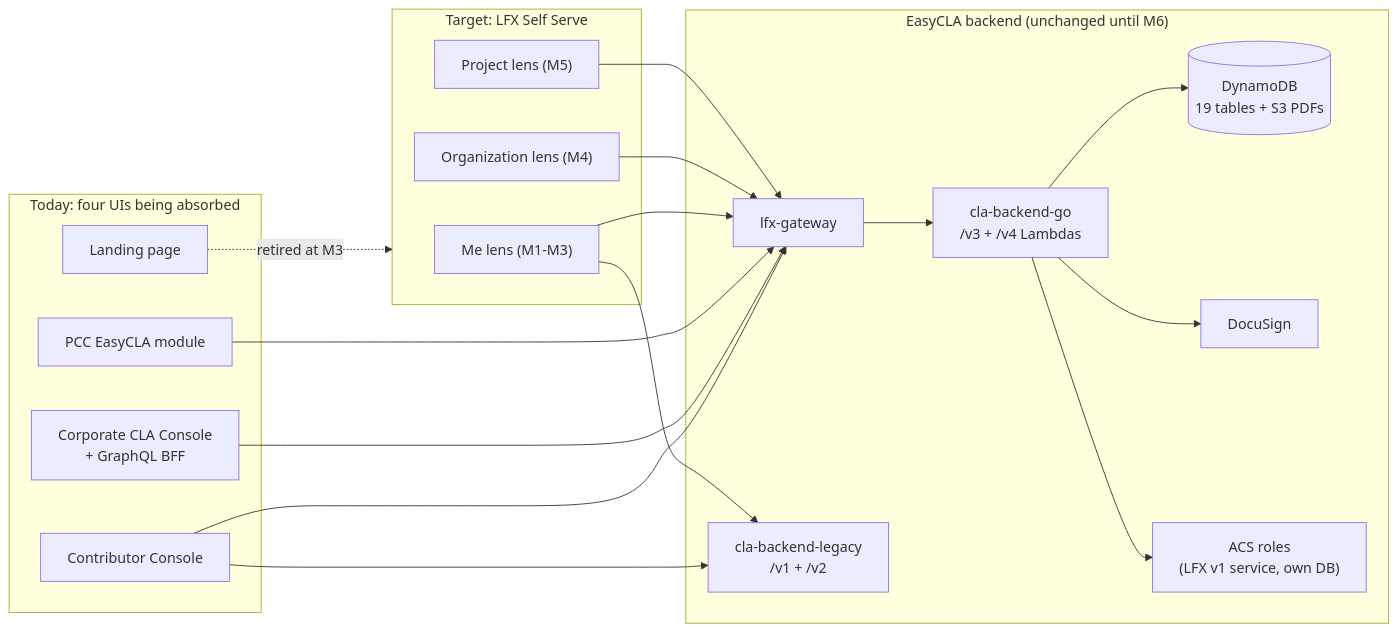
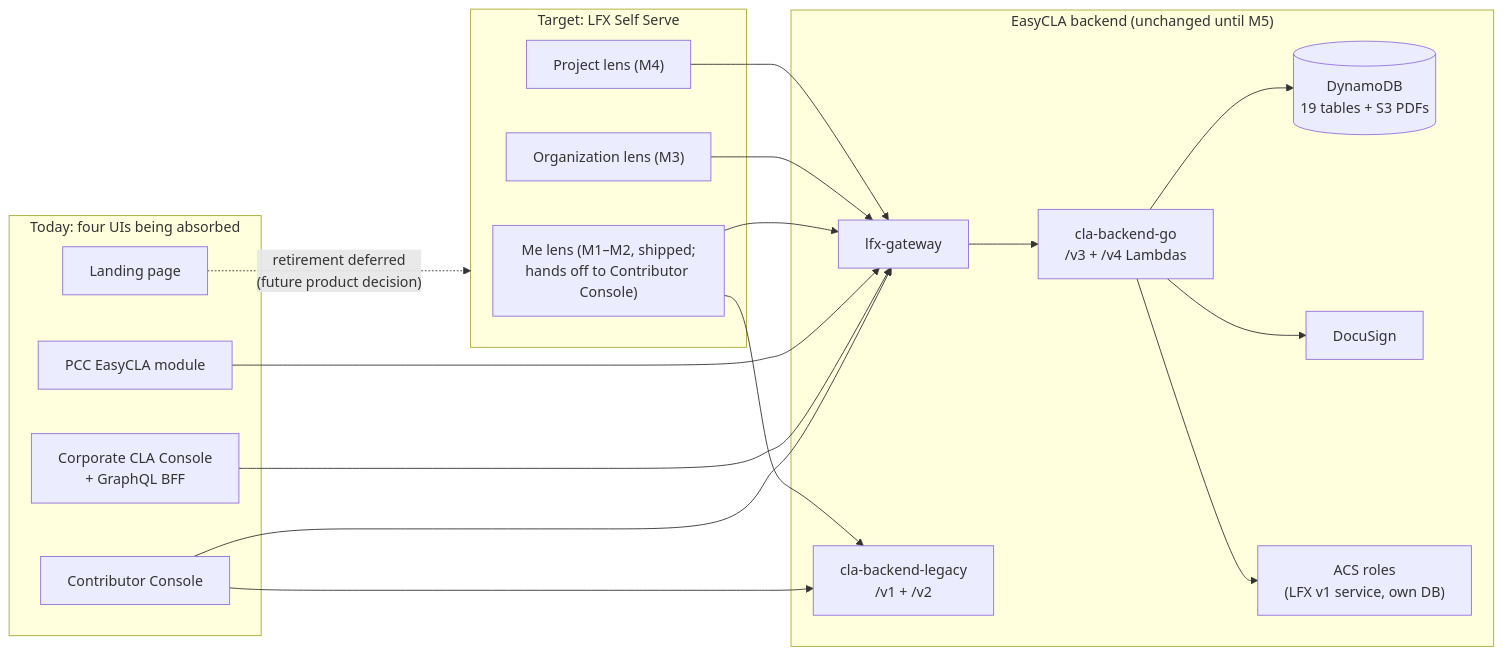
The diagram in docs/easycla-ss-migration/architecture-proposal.md (linuxfoundation/easycla), drawn with Mermaid before and after one commit. The commit also changed other lines of this file and 2 other files, not shown here.

First line of the commit message:
docs(architecture): update milestone numbering and M1/M2 implementation status

````diff
--- a/docs/easycla-ss-migration/architecture-proposal.md
+++ b/docs/easycla-ss-migration/architecture-proposal.md
@@ -15,35 +15,35 @@
 ```mermaid
 flowchart LR
     subgraph TODAY["Today: four UIs being absorbed"]
         CTC["Contributor Console"]
         CCC["Corporate CLA Console<br/>+ GraphQL BFF"]
         PCC["PCC EasyCLA module"]
         LP["Landing page"]
     end
     subgraph TARGET["Target: LFX Self Serve"]
-        ME["Me lens (M1-M3)"]
-        ORG["Organization lens (M4)"]
-        PRJ["Project lens (M5)"]
+        ME["Me lens (M1–M2, shipped;<br/>hands off to Contributor Console)"]
+        ORG["Organization lens (M3)"]
+        PRJ["Project lens (M4)"]
     end
-    subgraph BACKEND["EasyCLA backend (unchanged until M6)"]
+    subgraph BACKEND["EasyCLA backend (unchanged until M5)"]
         GW["lfx-gateway"]
         V4["cla-backend-go<br/>/v3 + /v4 Lambdas"]
         LEG["cla-backend-legacy<br/>/v1 + /v2"]
         DDB[("DynamoDB<br/>19 tables + S3 PDFs")]
         DS["DocuSign"]
         ACS2["ACS roles<br/>(LFX v1 service, own DB)"]
     end
     CTC --> GW
     CCC --> GW
     PCC --> GW
     ME --> GW
     ORG --> GW
     PRJ --> GW
     CTC --> LEG
     ME --> LEG
     GW --> V4
     V4 --> DDB
     V4 --> DS
     V4 --> ACS2
-    LP -.->|"retired at M3"| TARGET
+    LP -.->|"retirement deferred<br/>(future product decision)"| TARGET
 ```
````
